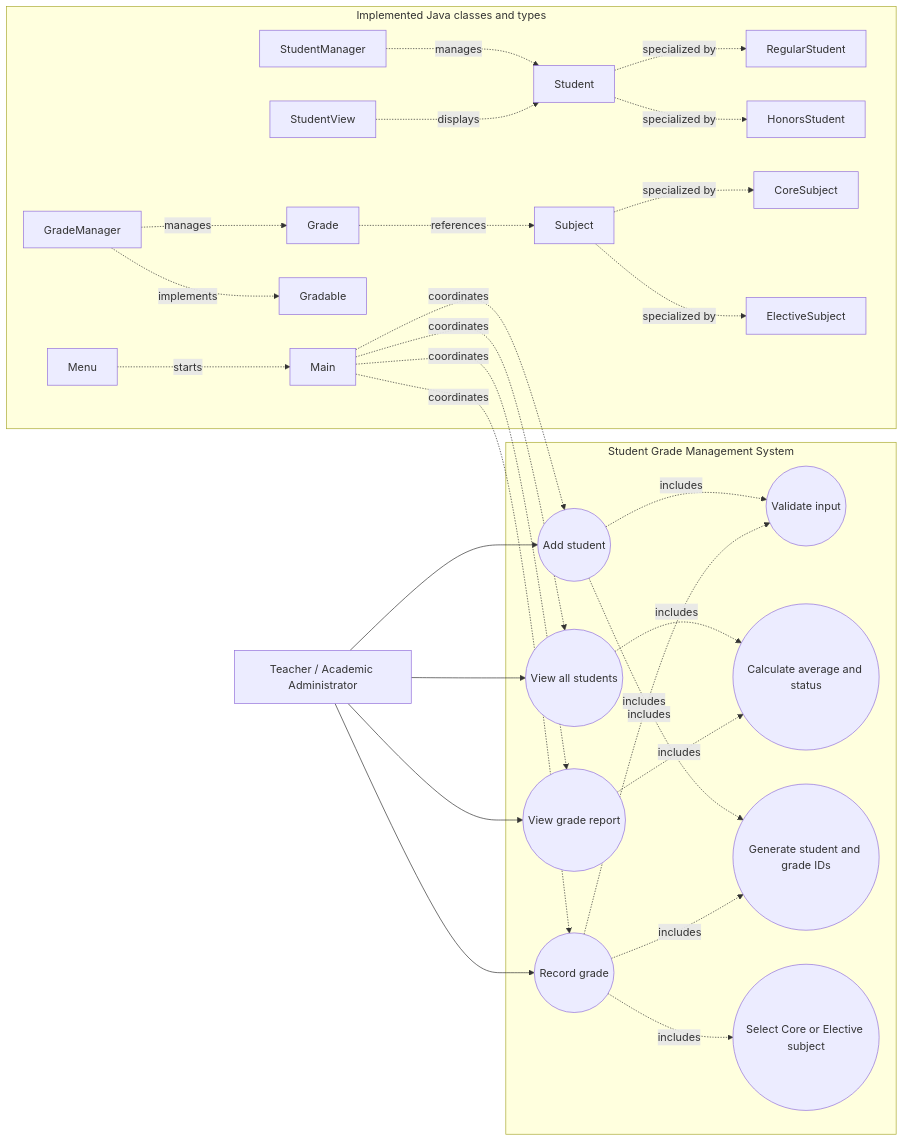
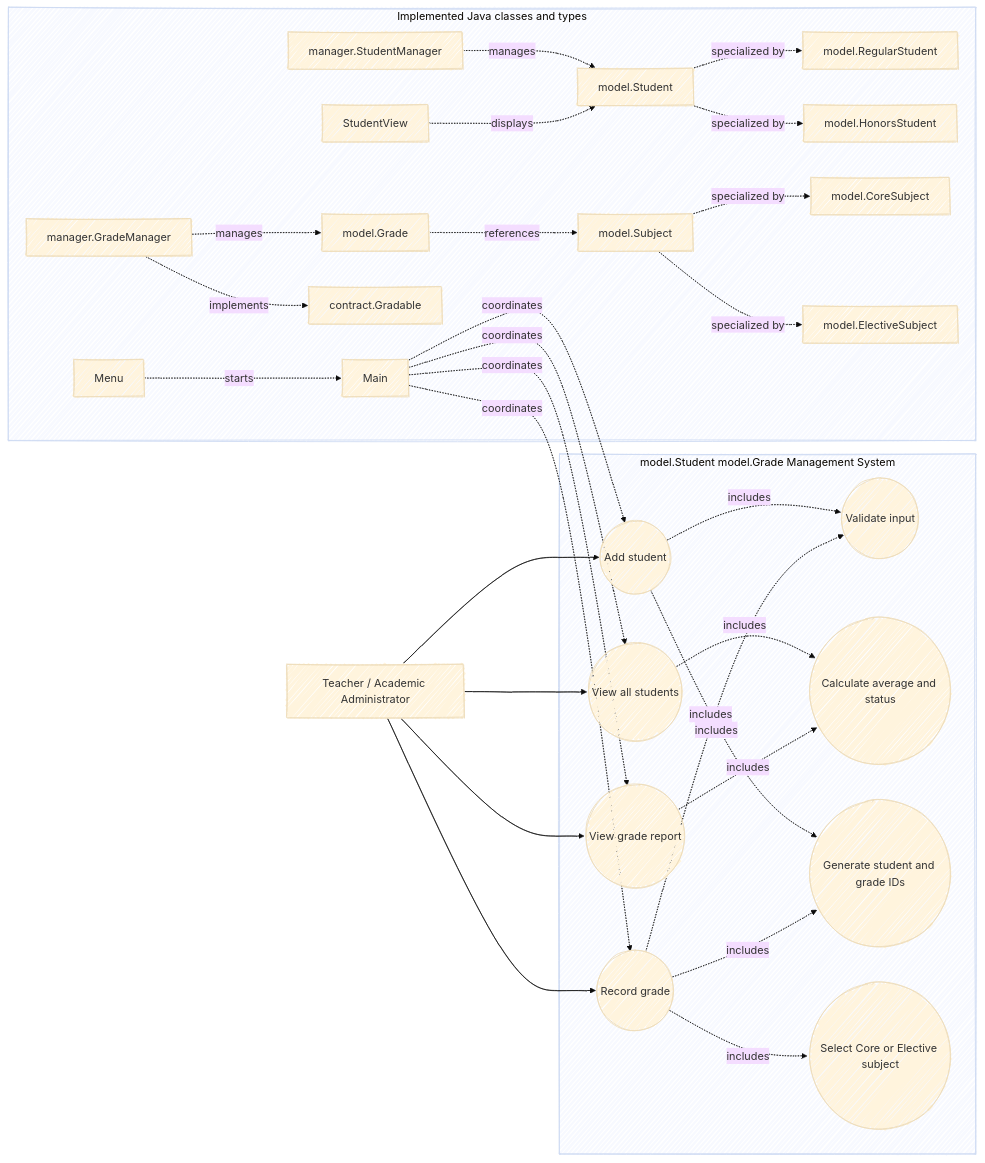
Before and after one commit to MUGWANEZAMANZI/SGMS: the diagram in readme.md, drawn with Mermaid. The commit also changed other lines of this file and 22 other files, not shown here.

````diff
--- a/readme.md
+++ b/readme.md
@@ -30,59 +30,65 @@
 ```mermaid
+---
+config:
+    look: handDrawn
+    layout: classic
+    theme: base
+---
 flowchart LR
     teacher[Teacher / Academic Administrator]
 
-    subgraph system[Student Grade Management System]
+    subgraph system[model.Student model.Grade Management System]
         add((Add student))
         view((View all students))
         record((Record grade))
         report((View grade report))
         validate((Validate input))
         average((Calculate average and status))
         ids((Generate student and grade IDs))
         subjects((Select Core or Elective subject))
     end
 
     subgraph classes[Implemented Java classes and types]
         main[Main]
         menu[Menu]
-        student[Student]
-        regular[RegularStudent]
-        honors[HonorsStudent]
-        subject[Subject]
-        core[CoreSubject]
-        elective[ElectiveSubject]
-        grade[Grade]
-        studentManager[StudentManager]
-        gradeManager[GradeManager]
-        gradable[Gradable]
+        student[model.Student]
+        regular[model.RegularStudent]
+        honors[model.HonorsStudent]
+        subject[model.Subject]
+        core[model.CoreSubject]
+        elective[model.ElectiveSubject]
+        grade[model.Grade]
+        studentManager[manager.StudentManager]
+        gradeManager[manager.GradeManager]
+        gradable[contract.Gradable]
         viewHelper[StudentView]
     end
 
     teacher --> add
     teacher --> view
     teacher --> record
     teacher --> report
 
     add -. includes .-> validate
     add -. includes .-> ids
     record -. includes .-> validate
     record -. includes .-> subjects
     record -. includes .-> ids
     view -. includes .-> average
     report -. includes .-> average
 
     menu -. starts .-> main
     main -. coordinates .-> add
     main -. coordinates .-> view
     main -. coordinates .-> record
     main -. coordinates .-> report
     student -. specialized by .-> regular
     student -. specialized by .-> honors
     subject -. specialized by .-> core
     subject -. specialized by .-> elective
     studentManager -. manages .-> student
     gradeManager -. manages .-> grade
     gradeManager -. implements .-> gradable
     grade -. references .-> subject
     viewHelper -. displays .-> student
 ```
````
